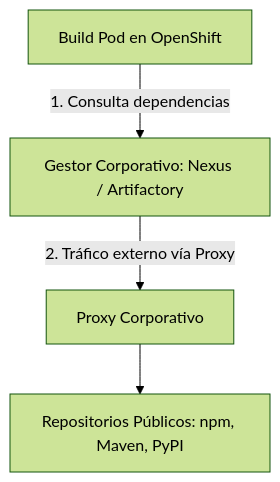
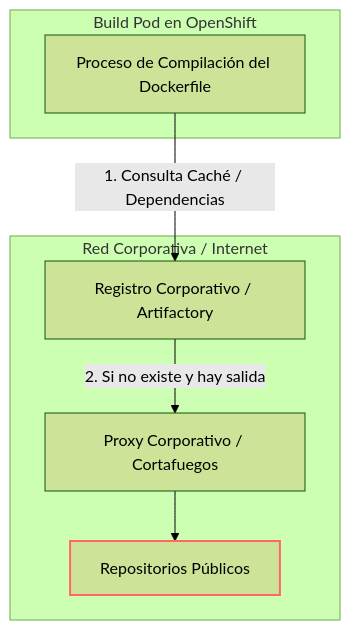
The fourth of 6 diagrams in docs/sesion4/4.5 Construir en la plataforma.md (ieftraining/curso-openshift), drawn with Mermaid (forest theme) before and after one commit. The commit also changed other lines of this file, not shown here.

````diff
--- a/docs/sesion4/4.5 Construir en la plataforma.md
+++ b/docs/sesion4/4.5 Construir en la plataforma.md
@@ -102,6 +121,17 @@
 ```mermaid
 flowchart TD
-    BP[Build Pod en OpenShift] -->|1. Consulta dependencias| Nexus[Gestor Corporativo: Nexus / Artifactory]
-    Nexus -->|2. Tráfico externo vía Proxy| Proxy[Proxy Corporativo]
-    Proxy --> Internet[Repositorios Públicos: npm, Maven, PyPI]
+    subgraph Build Pod en OpenShift
+        BP[Proceso de Compilación del Dockerfile]
+    end
+
+    subgraph Red Corporativa / Internet
+        Proxy[Proxy Corporativo / Cortafuegos]
+        Nexus[Registro Corporativo / Artifactory]
+        Internet[Repositorios Públicos]
+    end
+
+    BP -->|1. Consulta Caché / Dependencias| Nexus
+    Nexus -->|2. Si no existe y hay salida| Proxy --> Internet
+    
+    style Internet stroke:#f66,stroke-width:2px
 ```
````
